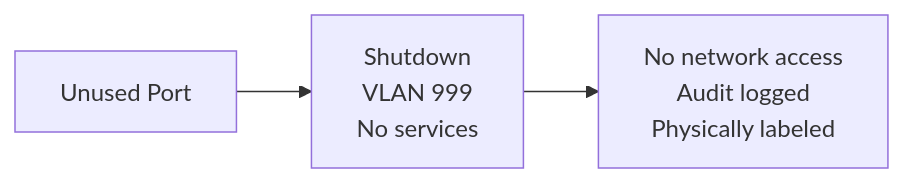
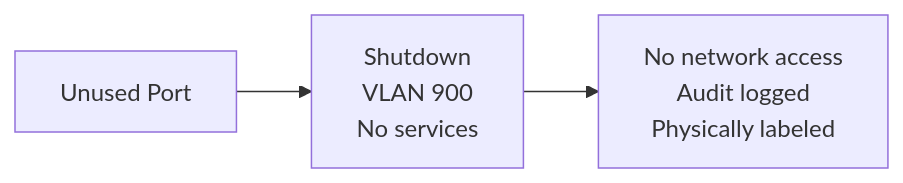
One commit to NewOrleansITI/networkstandards changed the fifth of 6 diagrams in docs/ethernet/port-configurations.md. Above: the diagram before and after it, drawn with Mermaid. The commit also changed other lines of this file and 4 other files, not shown here.

````diff
--- a/docs/ethernet/port-configurations.md
+++ b/docs/ethernet/port-configurations.md
@@ -364,5 +364,5 @@
 ```mermaid
 flowchart LR
-    UNUSED[Unused Port] --> CONFIG["Shutdown<br/>VLAN 999<br/>No services"]
+    UNUSED[Unused Port] --> CONFIG["Shutdown<br/>VLAN 900<br/>No services"]
     CONFIG --> EFFECT["No network access<br/>Audit logged<br/>Physically labeled"]
 ```
````
